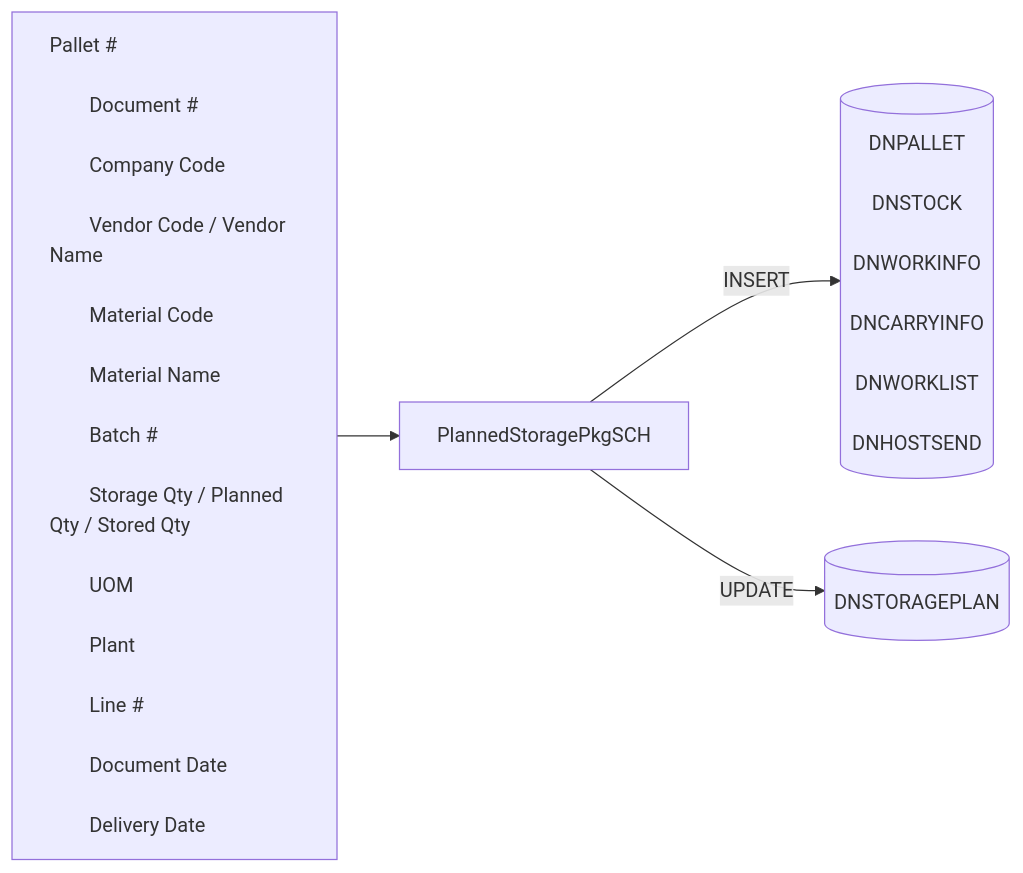
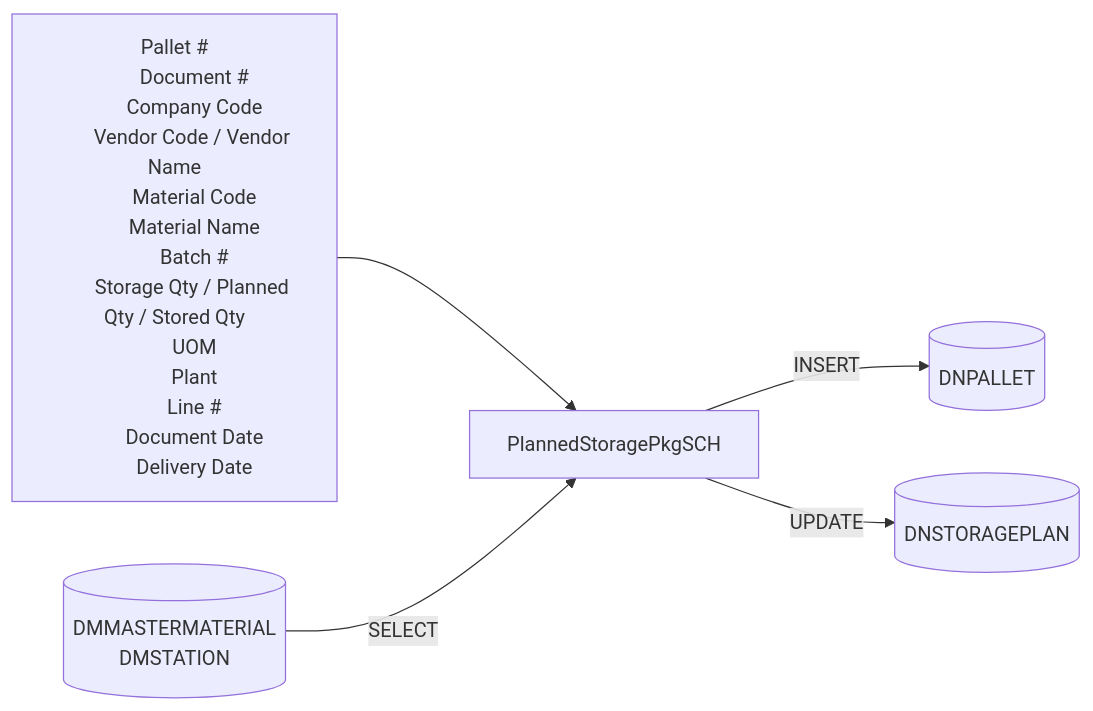
The second of 2 diagrams in Basic-Design/DFD-WMS/Storage/Planned-Storage-Packaging-Material.md (luthfiadityaa/SimeDarby-Wiki), drawn with Mermaid before and after one commit. The commit also changed other lines of this file, not shown here.

Commit message:
Updated Planned Storage Packaging Material

```diff
--- a/Basic-Design/DFD-WMS/Storage/Planned-Storage-Packaging-Material.md
+++ b/Basic-Design/DFD-WMS/Storage/Planned-Storage-Packaging-Material.md
@@ -85,40 +100,37 @@
 ::: mermaid
 flowchart LR
     input[
-        Pallet #<br>
-        Document #<br>
-        Company Code<br>
-        Vendor Code / Vendor Name<br>
-        Material Code<br>
-        Material Name<br>
-        Batch #<br>
-        Storage Qty / Planned Qty / Stored Qty<br>
-        UOM<br>
-        Plant<br>
-        Line #<br>
-        Document Date<br>
-        Delivery Date<br>
+        Pallet #
+        Document #
+        Company Code
+        Vendor Code / Vendor Name
+        Material Code
+        Material Name
+        Batch #
+        Storage Qty / Planned Qty / Stored Qty
+        UOM
+        Plant
+        Line #
+        Document Date
+        Delivery Date
     ]
 
-    tableList-insert[("
-        DNPALLET<br>
-        DNSTOCK<br>
-        DNWORKINFO<br>
-        DNCARRYINFO<br>
-        DNWORKLIST<br>
-        DNHOSTSEND<br>
+    tableList-select[("
+        DMMASTERMATERIAL
+        DMSTATION
     ")]
 
     tableList-update[("
         DNSTORAGEPLAN
     ")]
 
+    tableList-insert[("
+        DNPALLET
+    ")]
+
     className[PlannedStoragePkgSCH]
 
-    input --> className --> |INSERT| tableList-insert
-    className --> |UPDATE| tableList-update
-
-    classDef leftAlign text-align:left;
-    class input leftAlign;
+    input --> className--> |INSERT| tableList-insert
+    tableList-select-->|SELECT |className --> |UPDATE| tableList-update
 
 :::
```
